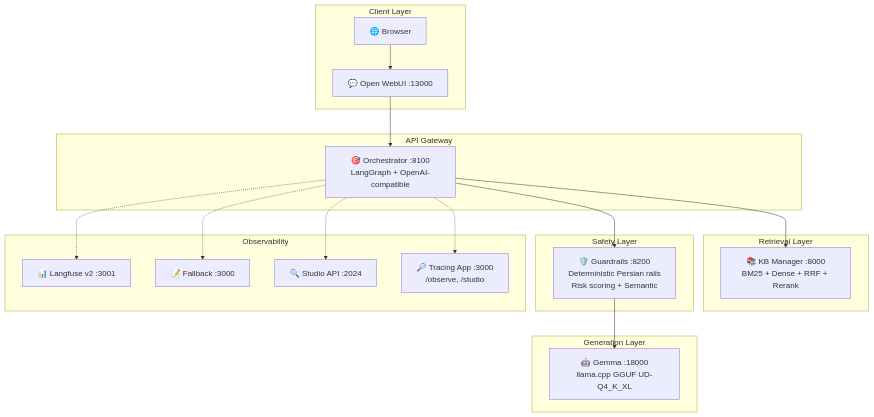
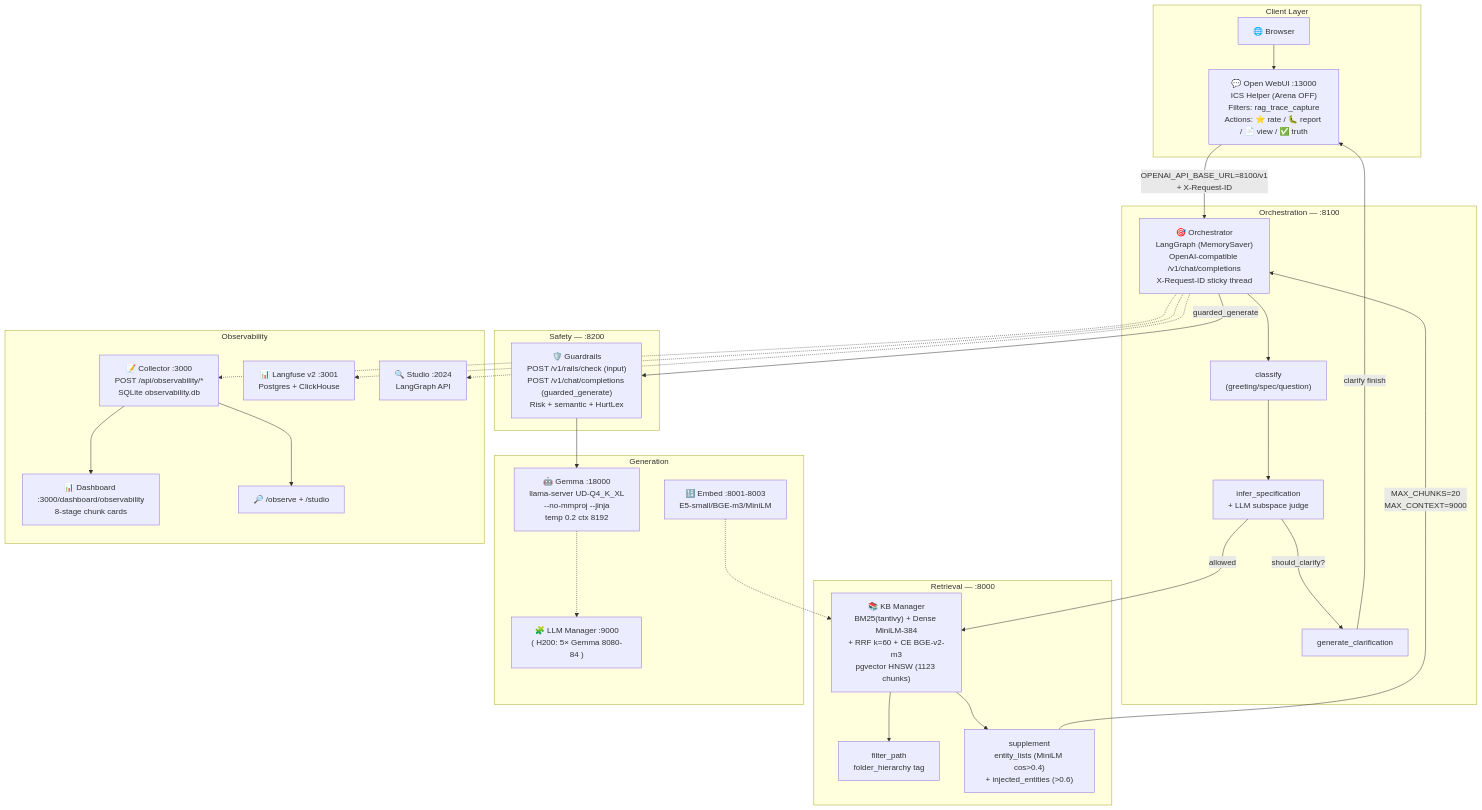
The first of 4 diagrams in README.md (AliNikkhah2001/Work_Credit-RAG_Phase1), drawn with Mermaid before and after one commit. The commit also changed other lines of this file, not shown here.

First line of the commit message:
docs: rewrite README — correct architecture, sticky/clarify/supplement + bench 2026-10-12

````diff
--- a/README.md
+++ b/README.md
@@ -43,40 +52,58 @@
 ```mermaid
 flowchart TB
     subgraph Client["Client Layer"]
         Browser["🌐 Browser"]
-        WebUI["💬 Open WebUI :13000"]
+        WebUI["💬 Open WebUI :13000\nICS Helper (Arena OFF)\nFilters: rag_trace_capture\nActions: ⭐ rate / 🐛 report / 📄 view / ✅ truth"]
     end
 
-    subgraph API["API Gateway"]
-        Orch["🎯 Orchestrator :8100\nLangGraph + OpenAI-compatible"]
+    subgraph Orchestration["Orchestration — :8100"]
+        Orch["🎯 Orchestrator\nLangGraph (MemorySaver)\nOpenAI-compatible /v1/chat/completions\nX-Request-ID sticky thread"]
+        Classify["classify\n(greeting/spec/question)"]
+        InferSpec["infer_specification\n+ LLM subspace judge"]
+        Clarify["generate_clarification"]
     end
 
-    subgraph Retrieval["Retrieval Layer"]
-        KB["📚 KB Manager :8000\nBM25 + Dense + RRF + Rerank"]
+    subgraph Retrieval["Retrieval — :8000"]
+        KB["📚 KB Manager\nBM25(tantivy) + Dense MiniLM-384\n+ RRF k=60 + CE BGE-v2-m3\npgvector HNSW (1123 chunks)"]
+        Filter["filter_path\nfolder_hierarchy tag"]
+        Suppl["supplement\nentity_lists (MiniLM cos>0.4)\n+ injected_entities (>0.6)"]
     end
 
-    subgraph Safety["Safety Layer"]
-        GR["🛡️ Guardrails :8200\nDeterministic Persian rails\nRisk scoring + Semantic"]
+    subgraph Safety["Safety — :8200"]
+        GR["🛡️ Guardrails\nPOST /v1/rails/check (input)\nPOST /v1/chat/completions (guarded_generate)\nRisk + semantic + HurtLex"]
     end
 
-    subgraph Generation["Generation Layer"]
-        Gemma["🤖 Gemma :18000\nllama.cpp GGUF UD-Q4_K_XL"]
+    subgraph Generation["Generation"]
+        Gemma["🤖 Gemma :18000\nllama-server UD-Q4_K_XL\n--no-mmproj --jinja\ntemp 0.2 ctx 8192"]
+        Manager["🧩 LLM Manager :9000\n( H200: 5× Gemma 8080-84 )"]
+        Embed["🔢 Embed :8001-8003\nE5-small/BGE-m3/MiniLM"]
     end
 
     subgraph Observability["Observability"]
-        LF2["📊 Langfuse v2 :3001"]
-        LF1["📝 Fallback :3000"]
-        Studio["🔍 Studio API :2024"]
-        TraceApp["🔎 Tracing App :3000\n/observe, /studio"]
+        Collector["📝 Collector :3000\nPOST /api/observability/*\nSQLite observability.db"]
+        Dashboard["📊 Dashboard :3000/dashboard/observability\n8-stage chunk cards"]
+        LF2["📊 Langfuse v2 :3001\nPostgres + ClickHouse"]
+        Studio["🔍 Studio :2024\nLangGraph API"]
+        TraceApp["🔎 /observe + /studio"]
     end
 
     Browser --> WebUI
-    WebUI --> Orch
-    Orch --> KB
-    Orch --> GR
+    WebUI -- "OPENAI_API_BASE_URL=8100/v1\n+ X-Request-ID" --> Orch
+    Orch --> Classify
+    Classify --> InferSpec
+    InferSpec -- "should_clarify?" --> Clarify
+    Clarify -- "clarify finish" --> WebUI
+    InferSpec -- "allowed" --> KB
+    KB --> Filter
+    KB --> Suppl
+    Suppl -- "MAX_CHUNKS=20\nMAX_CONTEXT=9000" --> Orch
+    Orch -- "guarded_generate" --> GR
     GR --> Gemma
+    Gemma -.-> Manager
+    Embed -.-> KB
+    Orch -.-> Collector
+    Collector --> Dashboard
     Orch -.-> LF2
-    Orch -.-> LF1
     Orch -.-> Studio
-    Orch -.-> TraceApp
+    Collector --> TraceApp
 ```
````
